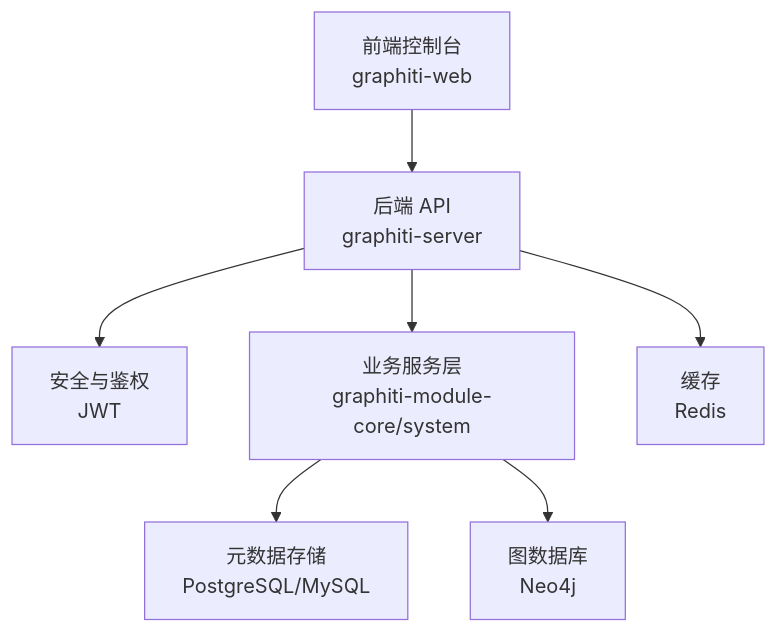
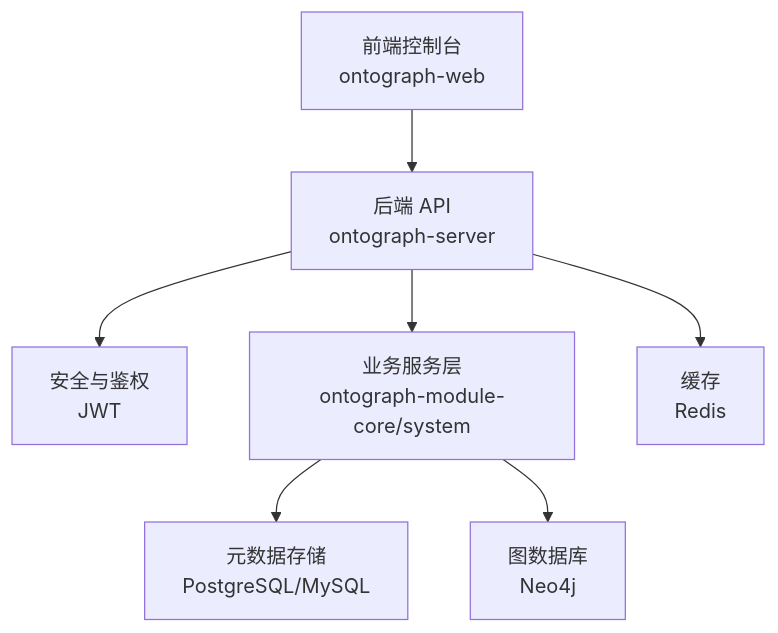
One commit to joezxh/graphiti-java changed the second of 5 diagrams in docs/manual/快速开始.md. Above: the diagram before and after it, drawn with Mermaid. The commit also changed other lines of this file and 200 other files, not shown here.

````diff
--- a/docs/manual/快速开始.md
+++ b/docs/manual/快速开始.md
@@ -101,9 +101,9 @@
 ```mermaid
 graph TB
-UI["前端控制台<br/>graphiti-web"] --> API["后端 API<br/>graphiti-server"]
+UI["前端控制台<br/>ontograph-web"] --> API["后端 API<br/>ontograph-server"]
 API --> SEC["安全与鉴权<br/>JWT"]
-API --> SVC["业务服务层<br/>graphiti-module-core/system"]
+API --> SVC["业务服务层<br/>ontograph-module-core/system"]
 SVC --> DB["元数据存储<br/>PostgreSQL/MySQL"]
 SVC --> N4J["图数据库<br/>Neo4j"]
 API --> CACHE["缓存<br/>Redis"]
 ```
````
